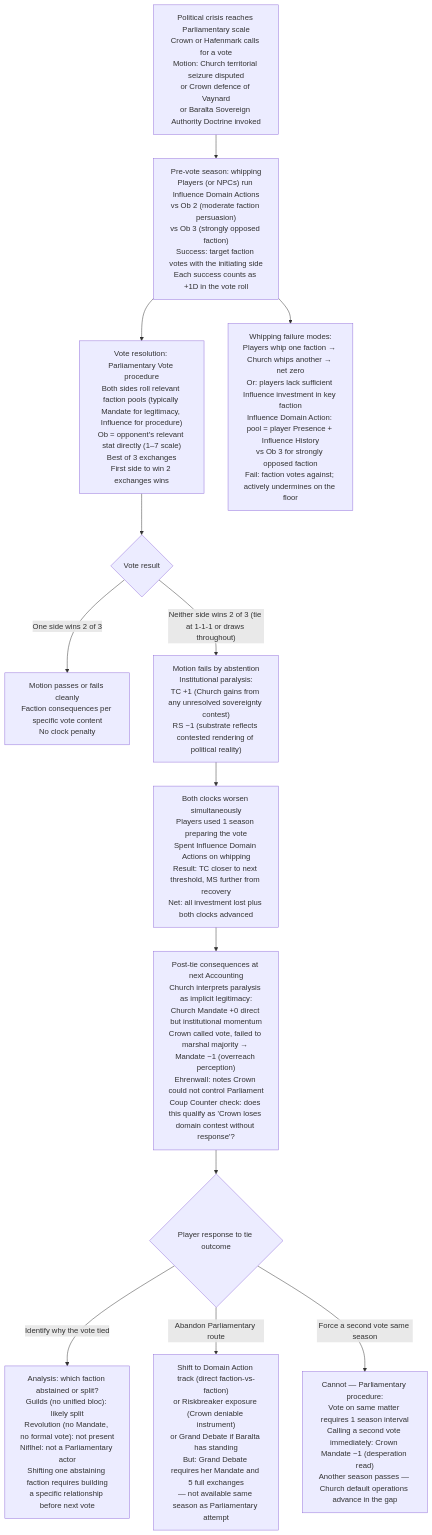
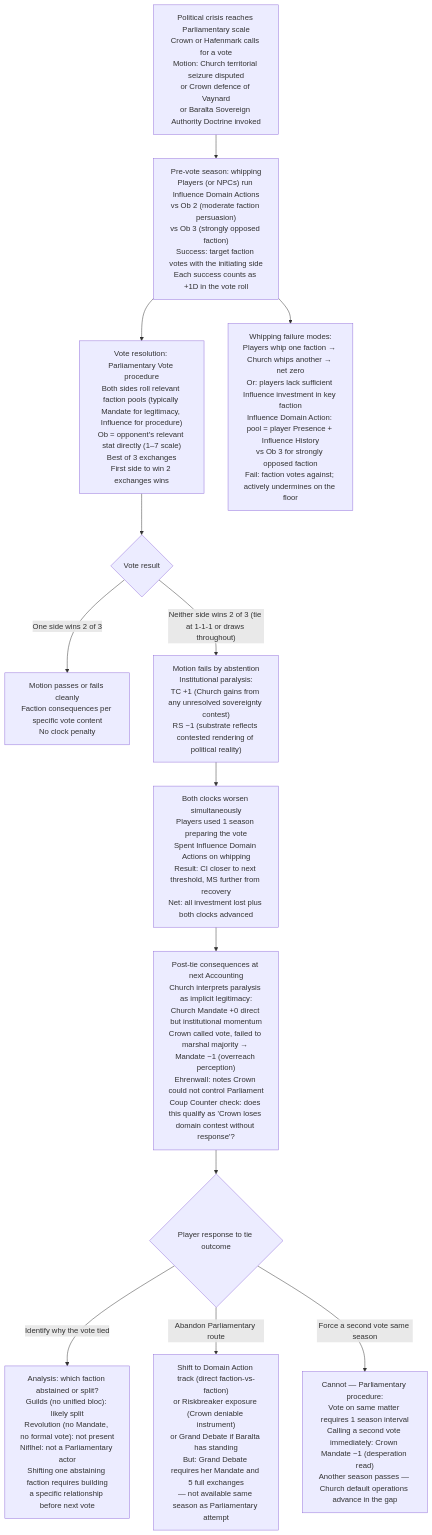
One commit to jordanelias/ttrpg changed the third of 4 diagrams in designs/arcs/arcs_16_19.md. Above: the diagram before and after it, drawn with Mermaid. The commit also changed other lines of this file and 59 other files, not shown here.

````diff
--- a/designs/arcs/arcs_16_19.md
+++ b/designs/arcs/arcs_16_19.md
@@ -122,15 +122,15 @@
 ```mermaid
 flowchart TD
     A["Political crisis reaches Parliamentary scale\nCrown or Hafenmark calls for a vote\nMotion: Church territorial seizure disputed\nor Crown defence of Vaynard\nor Baralta Sovereign Authority Doctrine invoked"] --> B["Pre-vote season: whipping\nPlayers (or NPCs) run Influence Domain Actions\nvs Ob 2 (moderate faction persuasion)\nvs Ob 3 (strongly opposed faction)\nSuccess: target faction votes with the initiating side\nEach success counts as +1D in the vote roll"]
     B --> C["Vote resolution: Parliamentary Vote procedure\nBoth sides roll relevant faction pools (typically Mandate for legitimacy, Influence for procedure)\nOb = opponent's relevant stat directly (1–7 scale)\nBest of 3 exchanges\nFirst side to win 2 exchanges wins"]
     C --> D{Vote result}
     D -->|"One side wins 2 of 3"| E["Motion passes or fails cleanly\nFaction consequences per specific vote content\nNo clock penalty"]
     D -->|"Neither side wins 2 of 3 (tie at 1-1-1 or draws throughout)"| F["Motion fails by abstention\nInstitutional paralysis:\nTC +1 (Church gains from any unresolved sovereignty contest)\nRS −1 (substrate reflects contested rendering of political reality)"]
-    F --> G["Both clocks worsen simultaneously\nPlayers used 1 season preparing the vote\nSpent Influence Domain Actions on whipping\nResult: TC closer to next threshold, MS further from recovery\nNet: all investment lost plus both clocks advanced"]
+    F --> G["Both clocks worsen simultaneously\nPlayers used 1 season preparing the vote\nSpent Influence Domain Actions on whipping\nResult: CI closer to next threshold, MS further from recovery\nNet: all investment lost plus both clocks advanced"]
     G --> H["Post-tie consequences at next Accounting\nChurch interprets paralysis as implicit legitimacy:\nChurch Mandate +0 direct but institutional momentum\nCrown called vote, failed to marshal majority → Mandate −1 (overreach perception)\nEhrenwall: notes Crown could not control Parliament\nCoup Counter check: does this qualify as 'Crown loses domain contest without response'?"]
     H --> I{Player response to tie outcome}
     I -->|"Identify why the vote tied"| J["Analysis: which faction abstained or split?\nGuilds (no unified bloc): likely split\nRevolution (no Mandate, no formal vote): not present\nNiflhel: not a Parliamentary actor\nShifting one abstaining faction requires building\na specific relationship before next vote"]
     I -->|"Abandon Parliamentary route"| K["Shift to Domain Action track (direct faction-vs-faction)\nor Riskbreaker exposure (Crown deniable instrument)\nor Grand Debate if Baralta has standing\nBut: Grand Debate requires her Mandate and 5 full exchanges\n— not available same season as Parliamentary attempt"]
     I -->|"Force a second vote same season"| L["Cannot — Parliamentary procedure:\nVote on same matter requires 1 season interval\nCalling a second vote immediately: Crown Mandate −1 (desperation read)\nAnother season passes — Church default operations advance in the gap"]
     B --> M["Whipping failure modes:\nPlayers whip one faction → Church whips another → net zero\nOr: players lack sufficient Influence investment in key faction\nInfluence Domain Action: pool = player Presence + Influence History\nvs Ob 3 for strongly opposed faction\nFail: faction votes against; actively undermines on the floor"]
 ```
````
